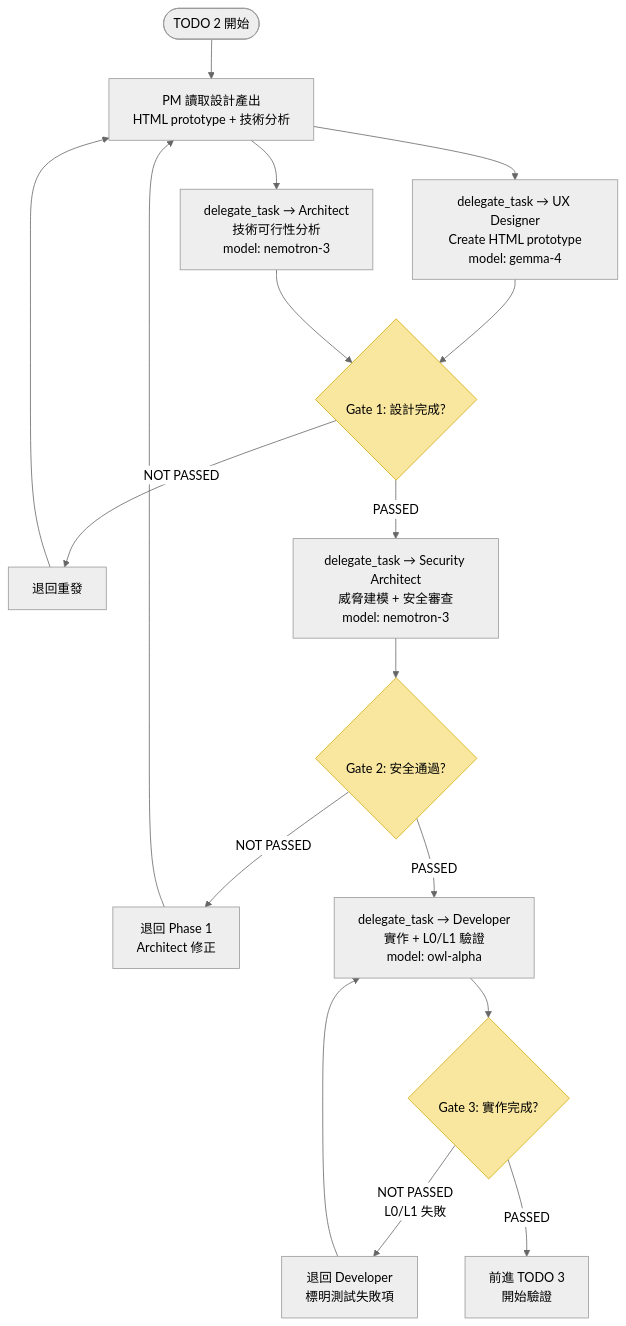
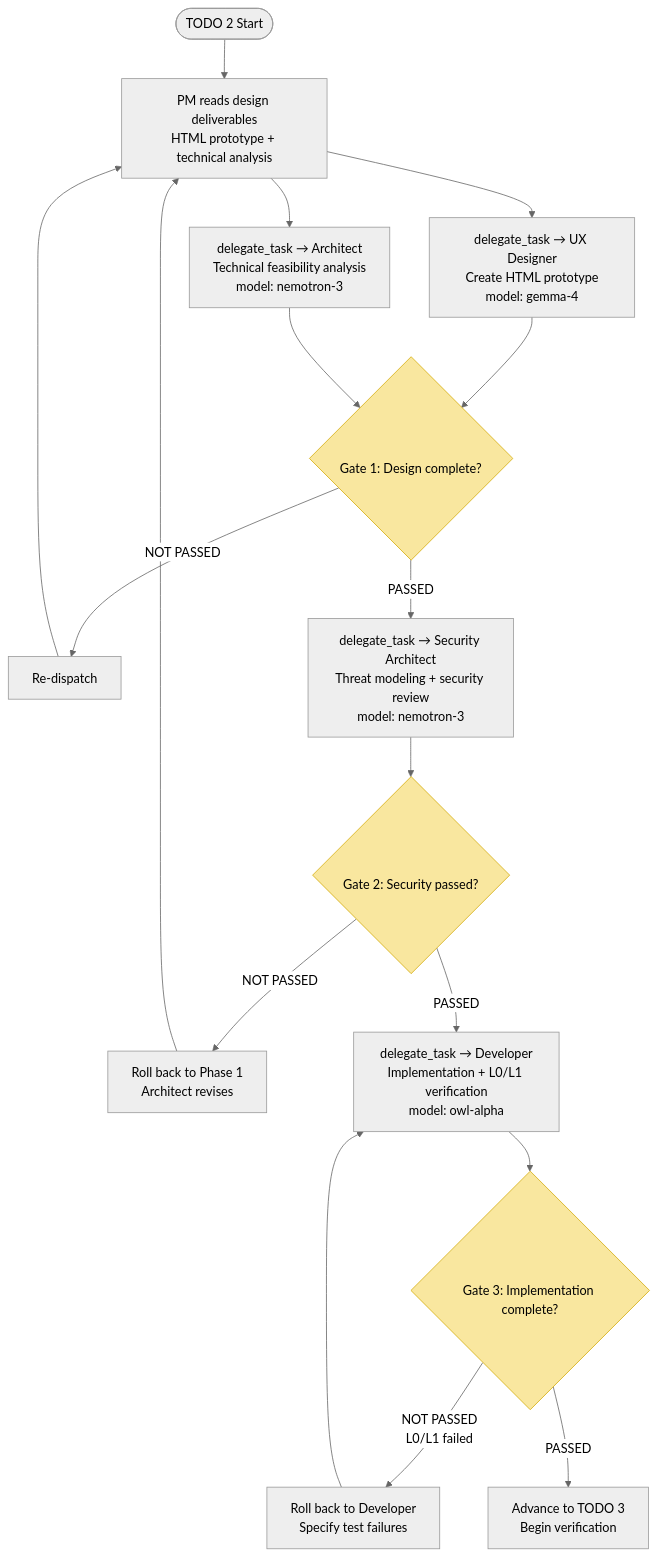
Before and after one commit to dyphn1/stock-explorer: the third of 7 diagrams in docs/diagrams/flow.md, drawn with Mermaid (neutral theme). The commit also changed other lines of this file and 40 other files, not shown here.

````diff
--- a/docs/diagrams/flow.md
+++ b/docs/diagrams/flow.md
@@ -74,33 +74,33 @@
 ```mermaid
 flowchart TD
-    START([TODO 2 開始]) --> READ[PM 讀取設計產出<br/>HTML prototype + 技術分析]
+    START([TODO 2 Start]) --> READ[PM reads design deliverables<br/>HTML prototype + technical analysis]
 
     READ --> DELEGATE_UX[delegate_task → UX Designer<br/>Create HTML prototype<br/>model: gemma-4]
-    READ --> DELEGATE_ARCH[delegate_task → Architect<br/>技術可行性分析<br/>model: nemotron-3]
+    READ --> DELEGATE_ARCH[delegate_task → Architect<br/>Technical feasibility analysis<br/>model: nemotron-3]
 
-    DELEGATE_UX --> GATE1{<br/>Gate 1: 設計完成?}
+    DELEGATE_UX --> GATE1{<br/>Gate 1: Design complete?}
     DELEGATE_ARCH --> GATE1
 
-    GATE1 -->|NOT PASSED| BACK1[退回重發]
+    GATE1 -->|NOT PASSED| BACK1[Re-dispatch]
     BACK1 --> READ
 
-    GATE1 -->|PASSED| DELEGATE_SEC[delegate_task → Security Architect<br/>威脅建模 + 安全審查<br/>model: nemotron-3]
+    GATE1 -->|PASSED| DELEGATE_SEC[delegate_task → Security Architect<br/>Threat modeling + security review<br/>model: nemotron-3]
 
-    DELEGATE_SEC --> GATE2{<br/>Gate 2: 安全通過?}
+    DELEGATE_SEC --> GATE2{<br/>Gate 2: Security passed?}
 
-    GATE2 -->|NOT PASSED| BACK2[退回 Phase 1<br/>Architect 修正]
+    GATE2 -->|NOT PASSED| BACK2[Roll back to Phase 1<br/>Architect revises]
     BACK2 --> READ
 
-    GATE2 -->|PASSED| DELEGATE_DEV[delegate_task → Developer<br/>實作 + L0/L1 驗證<br/>model: owl-alpha]
+    GATE2 -->|PASSED| DELEGATE_DEV[delegate_task → Developer<br/>Implementation + L0/L1 verification<br/>model: owl-alpha]
 
-    DELEGATE_DEV --> GATE3{<br/>Gate 3: 實作完成?}
+    DELEGATE_DEV --> GATE3{<br/>Gate 3: Implementation complete?}
 
-    GATE3 -->|NOT PASSED<br/>L0/L1 失敗| BACK3[退回 Developer<br/>標明測試失敗項]
+    GATE3 -->|NOT PASSED<br/>L0/L1 failed| BACK3[Roll back to Developer<br/>Specify test failures]
     BACK3 --> DELEGATE_DEV
 
-    GATE3 -->|PASSED| TODO3[前進 TODO 3<br/>開始驗證]
+    GATE3 -->|PASSED| TODO3[Advance to TODO 3<br/>Begin verification]
 
     style GATE1 fill:#f9e79f,stroke:#d4ac0d
     style GATE2 fill:#f9e79f,stroke:#d4ac0d
     style GATE3 fill:#f9e79f,stroke:#d4ac0d
 ```
````
